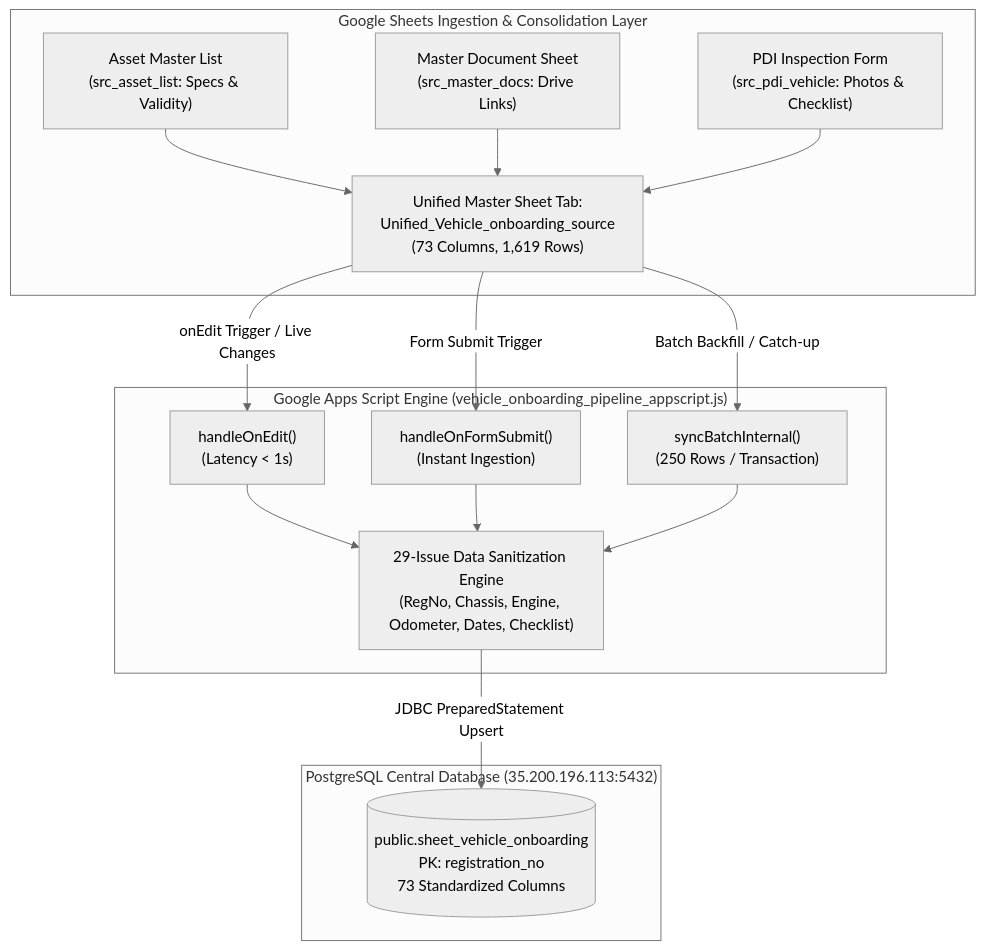
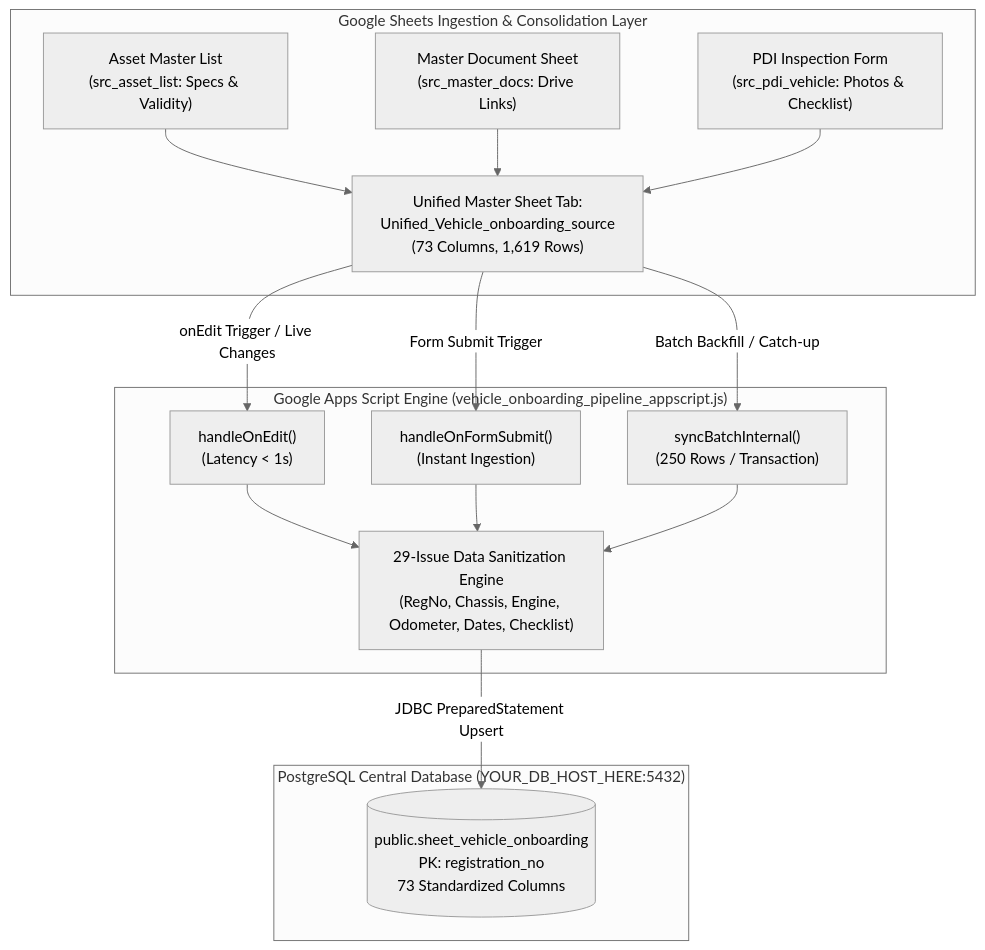
The diagram in Vehicle Onboarding Google Sheet/README.md (aayush-letzryd/backend), drawn with Mermaid (neutral theme) before and after one commit. The commit also changed other lines of this file and 18 other files, not shown here.

````diff
--- a/Vehicle Onboarding Google Sheet/README.md
+++ b/Vehicle Onboarding Google Sheet/README.md
@@ -36,26 +36,26 @@
 ```mermaid
 flowchart TD
     subgraph Google Sheets Layer ["Google Sheets Ingestion & Consolidation Layer"]
         A1["Asset Master List<br>(src_asset_list: Specs & Validity)"]
         A2["Master Document Sheet<br>(src_master_docs: Drive Links)"]
         A3["PDI Inspection Form<br>(src_pdi_vehicle: Photos & Checklist)"]
         
         A1 --> M["Unified Master Sheet Tab:<br>Unified_Vehicle_onboarding_source<br>(73 Columns, 1,619 Rows)"]
         A2 --> M
         A3 --> M
     end
 
     subgraph Pipeline Engine ["Google Apps Script Engine (vehicle_onboarding_pipeline_appscript.js)"]
         M -->|onEdit Trigger / Live Changes| E1["handleOnEdit()<br>(Latency &lt; 1s)"]
         M -->|Form Submit Trigger| E2["handleOnFormSubmit()<br>(Instant Ingestion)"]
         M -->|Batch Backfill / Catch-up| E3["syncBatchInternal()<br>(250 Rows / Transaction)"]
         
         E1 --> S["29-Issue Data Sanitization Engine<br>(RegNo, Chassis, Engine, Odometer, Dates, Checklist)"]
         E2 --> S
         E3 --> S
     end
 
-    subgraph Database Layer ["PostgreSQL Central Database (35.200.196.113:5432)"]
+    subgraph Database Layer ["PostgreSQL Central Database (YOUR_DB_HOST_HERE:5432)"]
         S -->|JDBC PreparedStatement Upsert| DB[("public.sheet_vehicle_onboarding<br>PK: registration_no<br>73 Standardized Columns")]
     end
 ```
````
